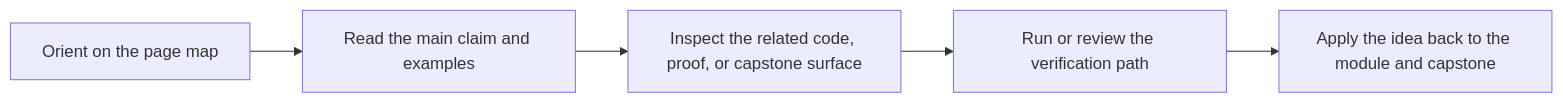
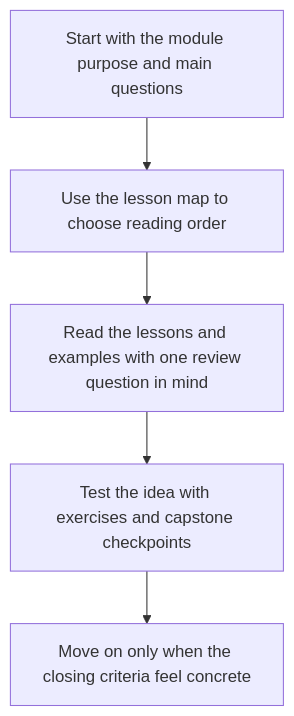
Before and after one commit to bijux/bijux-masterclass: the second of 2 diagrams in programs/reproducible-research/deep-dive-snakemake/course-book/module-00-orientation/index.md, drawn with Mermaid. The commit also changed other lines of this file and 10 other files, not shown here.

Commit message:
docs(deep-dive-snakemake): reposition module overview diagrams

````diff
--- a/programs/reproducible-research/deep-dive-snakemake/course-book/module-00-orientation/index.md
+++ b/programs/reproducible-research/deep-dive-snakemake/course-book/module-00-orientation/index.md
@@ -21,7 +18,7 @@
 ```mermaid
-flowchart LR
-  orient["Orient on the page map"] --> read["Read the main claim and examples"]
-  read --> inspect["Inspect the related code, proof, or capstone surface"]
-  inspect --> verify["Run or review the verification path"]
-  verify --> apply["Apply the idea back to the module and capstone"]
+flowchart TD
+  purpose["Start with the module purpose and main questions"] --> lesson_map["Use the lesson map to choose reading order"]
+  lesson_map --> study["Read the lessons and examples with one review question in mind"]
+  study --> proof["Test the idea with exercises and capstone checkpoints"]
+  proof --> close["Move on only when the closing criteria feel concrete"]
 ```
````
